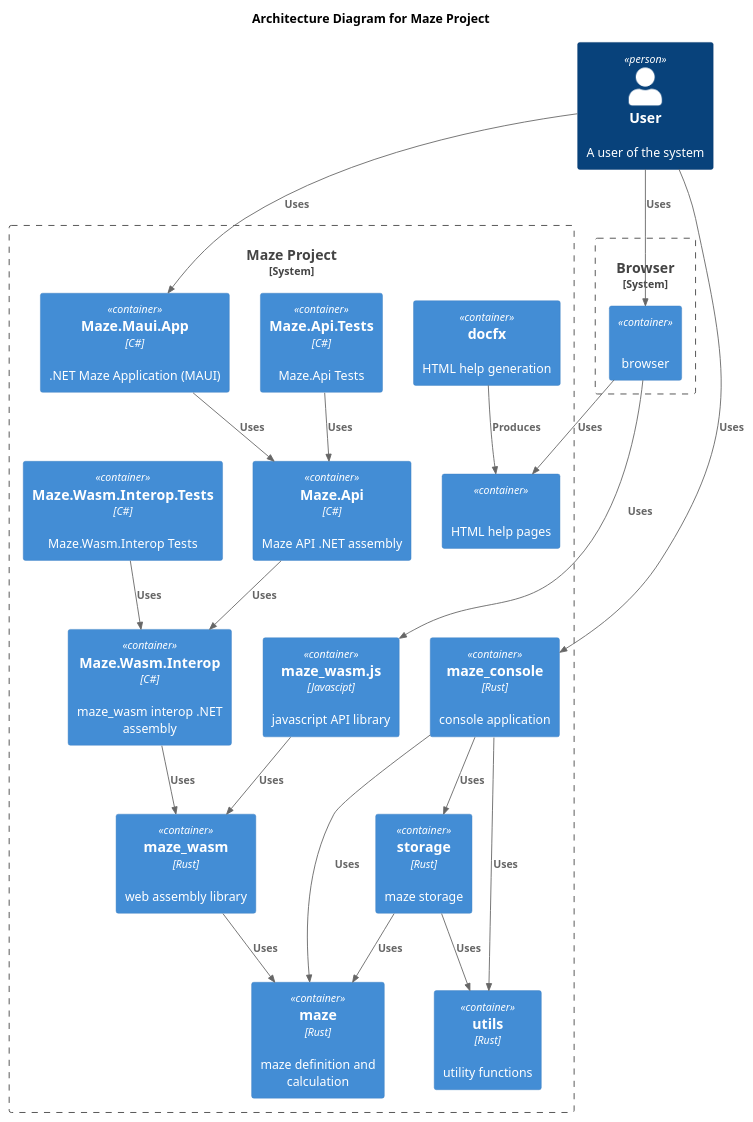
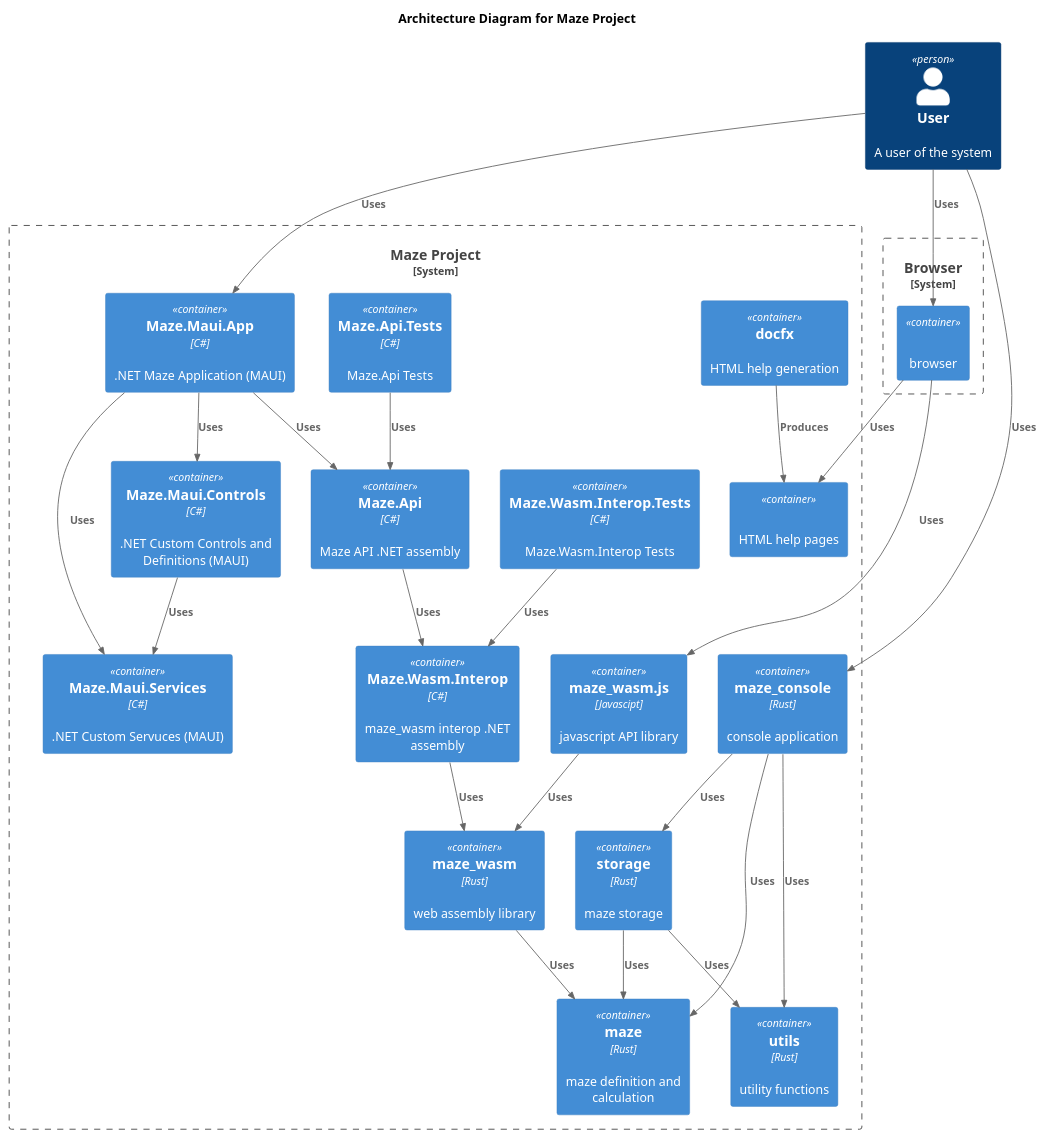
One commit to budgiedownunder/maze changed the diagram in docs/diagrams/architecture.puml. Above: the diagram before and after it, drawn with PlantUML.

Commit message:
Add Maze.Maui.Controls and Maze.Maui.Services to architecture diagram

```diff
--- a/docs/diagrams/architecture.puml
+++ b/docs/diagrams/architecture.puml
@@ -2,48 +2,53 @@
 @startuml
 
 !include https://raw.githubusercontent.com/plantuml-stdlib/C4-PlantUML/master/C4_Container.puml
 
 title Architecture Diagram for Maze Project
 
 Person(user, "User", "A user of the system")
 
 System_Boundary(c1, "Browser") {
     Container(browser, "", "", "browser")
 }
 
 System_Boundary(c2, "Maze Project") {
     Container(html_help, "", "", "HTML help pages")
     Container(docfx, "docfx", "", "HTML help generation")
     Container(maze_maui_app_net, "Maze.Maui.App", "C#", ".NET Maze Application (MAUI)")
+    Container(maze_maui_controls_net, "Maze.Maui.Controls", "C#", ".NET Custom Controls and Definitions (MAUI)")
+    Container(maze_maui_services_net, "Maze.Maui.Services", "C#", ".NET Custom Servuces (MAUI)")
     Container(maze_api_net_tests, "Maze.Api.Tests", "C#", "Maze.Api Tests")
     Container(maze_api_net, "Maze.Api", "C#", "Maze API .NET assembly")
     Container(maze_wasm_interop_net_tests, "Maze.Wasm.Interop.Tests", "C#", "Maze.Wasm.Interop Tests")
     Container(maze_wasm_interop_net, "Maze.Wasm.Interop", "C#", "maze_wasm interop .NET assembly")
     Container(maze_wasm_js, "maze_wasm.js", "Javascipt", "javascript API library")
     Container(maze_wasm, "maze_wasm", "Rust", "web assembly library")
     Container(maze_console, "maze_console", "Rust", "console application")
     Container(storage, "storage", "Rust", "maze storage")
     Container(maze, "maze", "Rust", "maze definition and calculation")
     Container(utils, "utils", "Rust", "utility functions")
 }
 
 Rel(user, browser, "Uses")
 Rel(browser, html_help, "Uses")
 Rel(browser, maze_wasm_js, "Uses")
 Rel(docfx, html_help, "Produces")
 Rel(user, maze_console, "Uses")
 Rel(maze_console, maze, "Uses")
 Rel(maze_console, storage, "Uses")
 Rel(maze_console, utils, "Uses")
 Rel(user, maze_maui_app_net, "Uses")
+Rel(maze_maui_app_net, maze_maui_controls_net, "Uses")
+Rel(maze_maui_app_net, maze_maui_services_net, "Uses")
 Rel(maze_maui_app_net, maze_api_net, "Uses")
+Rel(maze_maui_controls_net, maze_maui_services_net, "Uses")
 Rel(maze_api_net_tests, maze_api_net, "Uses")
 Rel(maze_api_net, maze_wasm_interop_net, "Uses")
 Rel(maze_wasm_interop_net_tests, maze_wasm_interop_net, "Uses")
 Rel(maze_wasm_interop_net, maze_wasm, "Uses")
 Rel(maze_wasm_js, maze_wasm, "Uses")
 Rel(maze_wasm, maze, "Uses")
 Rel(storage, maze, "Uses")
 Rel(storage, utils, "Uses")
 
 @enduml
```
